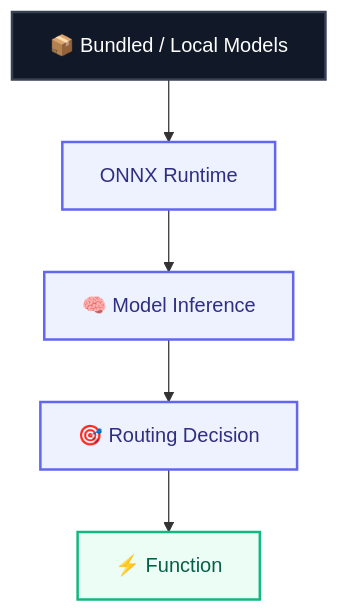
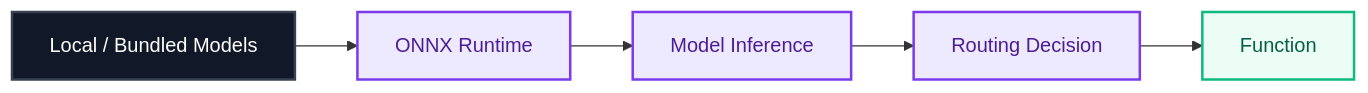
Before and after one commit to autotask05-pixel/quicktasksdesktopv3: the sixth of 8 diagrams in README.md, drawn with Mermaid. The commit also changed other lines of this file, not shown here.

````diff
--- a/README.md
+++ b/README.md
@@ -165,15 +177,15 @@
 ```mermaid
-flowchart TD
-    A["📦 Bundled / Local Models"] --> B["ONNX Runtime"]
-    B --> C["🧠 Model Inference"]
-    C --> D["🎯 Routing Decision"]
-    D --> E["⚡ Function"]
+flowchart LR
+    M["Local / Bundled Models"] --> O["ONNX Runtime"]
+    O --> I["Model Inference"]
+    I --> R["Routing Decision"]
+    R --> F["Function"]
 
-    classDef input fill:#111827,color:#fff,stroke:#374151,stroke-width:2px
-    classDef process fill:#eef2ff,color:#312e81,stroke:#6366f1,stroke-width:2px
+    classDef entry fill:#111827,color:#ffffff,stroke:#374151,stroke-width:2px
+    classDef ai fill:#ede9fe,color:#4c1d95,stroke:#7c3aed,stroke-width:2px
     classDef output fill:#ecfdf5,color:#065f46,stroke:#10b981,stroke-width:2px
 
-    class A input
-    class B,C,D process
-    class E output
+    class M entry
+    class O,I,R ai
+    class F output
 ```
````
